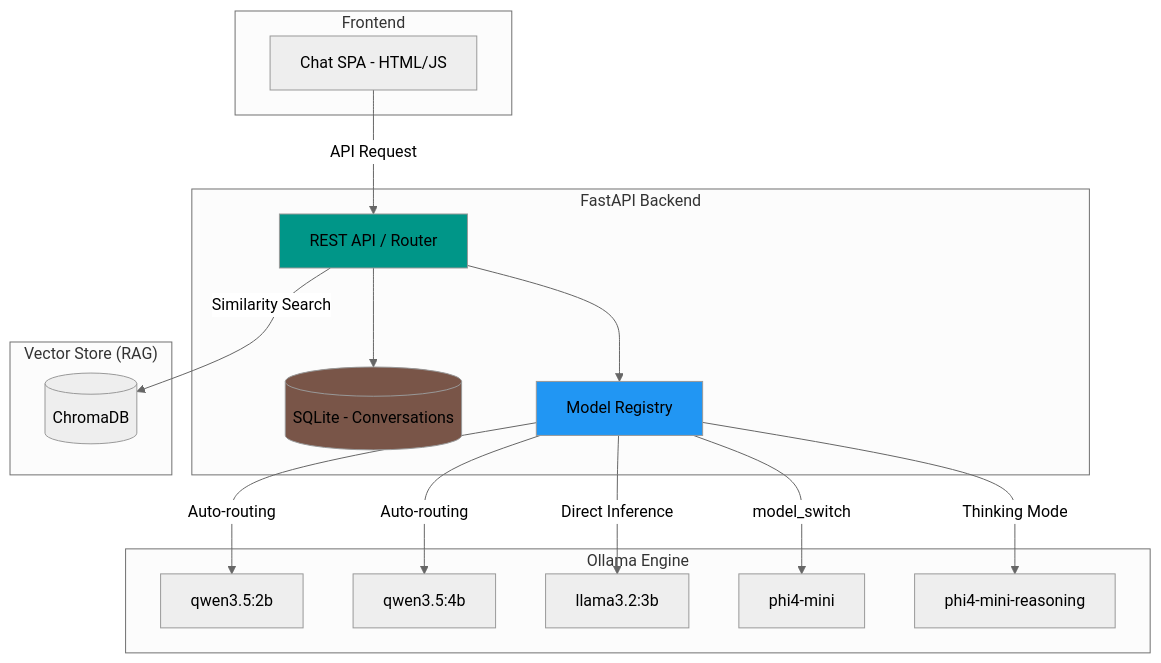
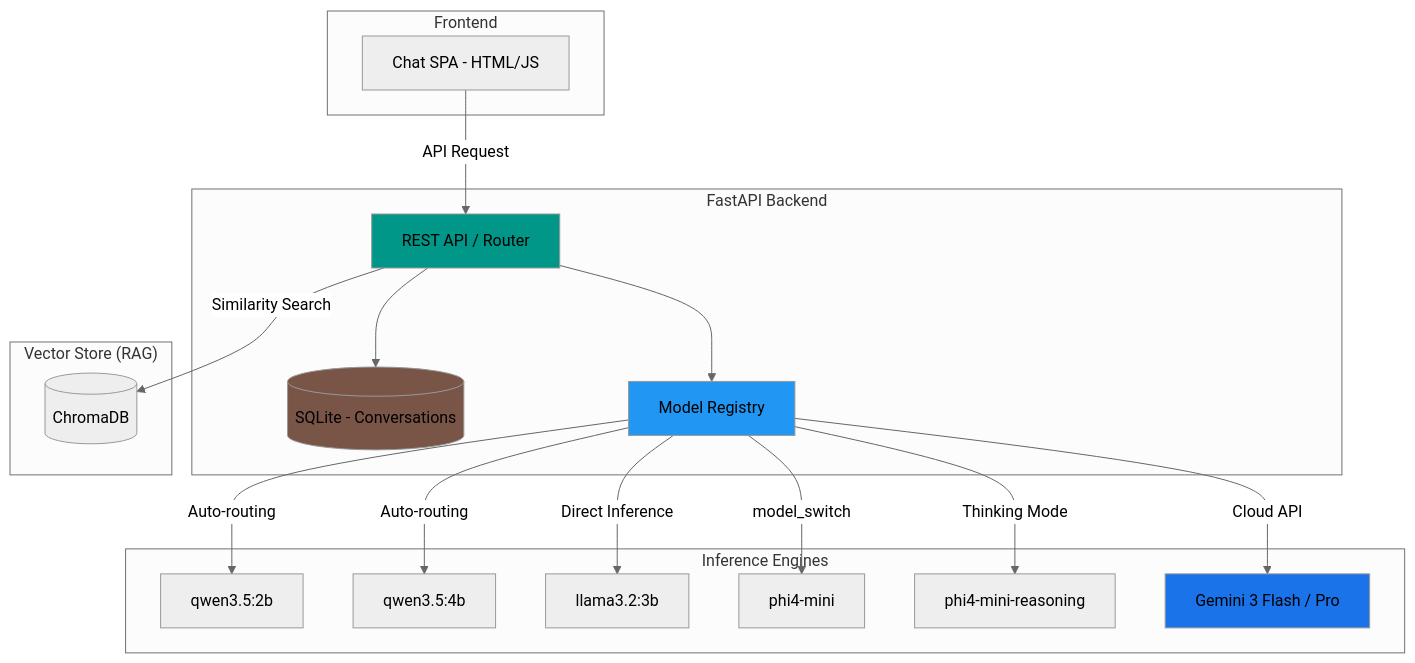
The diagram in README.md (mile-chang/rag-kura), drawn with Mermaid (neutral theme) before and after one commit. The commit also changed other lines of this file and 2 other files, not shown here.

Commit message:
docs: update READMEs with Gemini API integration details

````diff
--- a/README.md
+++ b/README.md
@@ -38,38 +39,41 @@
 ```mermaid
 graph TB
     subgraph "Frontend"
         UI[Chat SPA - HTML/JS]
     end
 
     subgraph "FastAPI Backend"
         ROUTER[REST API / Router]
         DB[(SQLite - Conversations)]
         REG[Model Registry]
     end
 
     subgraph "Vector Store (RAG)"
         CHROMA[(ChromaDB)]
     end
 
-    subgraph "Ollama Engine"
+    subgraph "Inference Engines"
         Q2[qwen3.5:2b]
         Q4[qwen3.5:4b]
         L3[llama3.2:3b]
         P4[phi4-mini]
         P4R[phi4-mini-reasoning]
+        GEM[Gemini 3 Flash / Pro]
     end
 
     UI -->|API Request| ROUTER
     ROUTER --> DB
     ROUTER -->|Similarity Search| CHROMA
     ROUTER --> REG
     REG -->|Auto-routing| Q2
     REG -->|Auto-routing| Q4
     REG -->|Direct Inference| L3
     REG -->|model_switch| P4
     REG -->|Thinking Mode| P4R
+    REG -->|Cloud API| GEM
 
     style ROUTER fill:#009688
     style DB fill:#795548
     style REG fill:#2196F3
+    style GEM fill:#1A73E8
 ```
````
